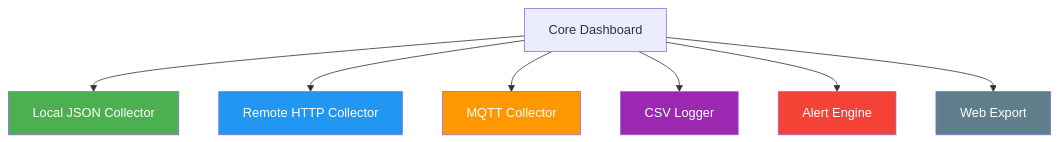
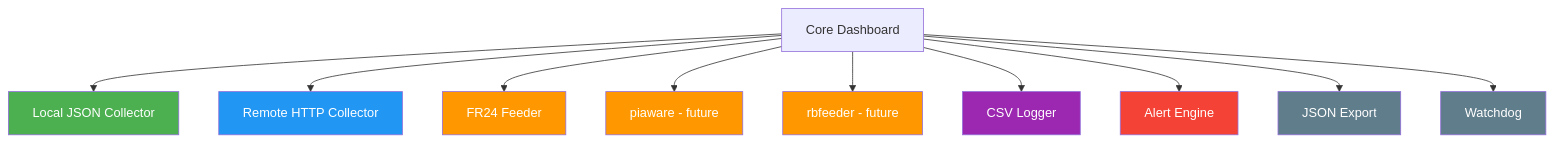
Before and after one commit to disappointingsupernova/readsb-feed-dashboard: the diagram in docs/extending.md, drawn with Mermaid. The commit also changed other lines of this file and 6 other files, not shown here.

````diff
--- a/docs/extending.md
+++ b/docs/extending.md
@@ -106,16 +84,22 @@
 ```mermaid
 graph TD
     A[Core Dashboard] --> B[Local JSON Collector]
     A --> C[Remote HTTP Collector]
-    A --> D[MQTT Collector]
-    A --> E[CSV Logger]
-    A --> F[Alert Engine]
-    A --> G[Web Export]
+    A --> D[FR24 Feeder]
+    A --> E[piaware - future]
+    A --> F[rbfeeder - future]
+    A --> G[CSV Logger]
+    A --> H[Alert Engine]
+    A --> I[JSON Export]
+    A --> J[Watchdog]
 
     style B fill:#4caf50,color:#fff
     style C fill:#2196f3,color:#fff
     style D fill:#ff9800,color:#fff
-    style E fill:#9c27b0,color:#fff
-    style F fill:#f44336,color:#fff
-    style G fill:#607d8b,color:#fff
+    style E fill:#ff9800,color:#fff
+    style F fill:#ff9800,color:#fff
+    style G fill:#9c27b0,color:#fff
+    style H fill:#f44336,color:#fff
+    style I fill:#607d8b,color:#fff
+    style J fill:#607d8b,color:#fff
 ```
````
